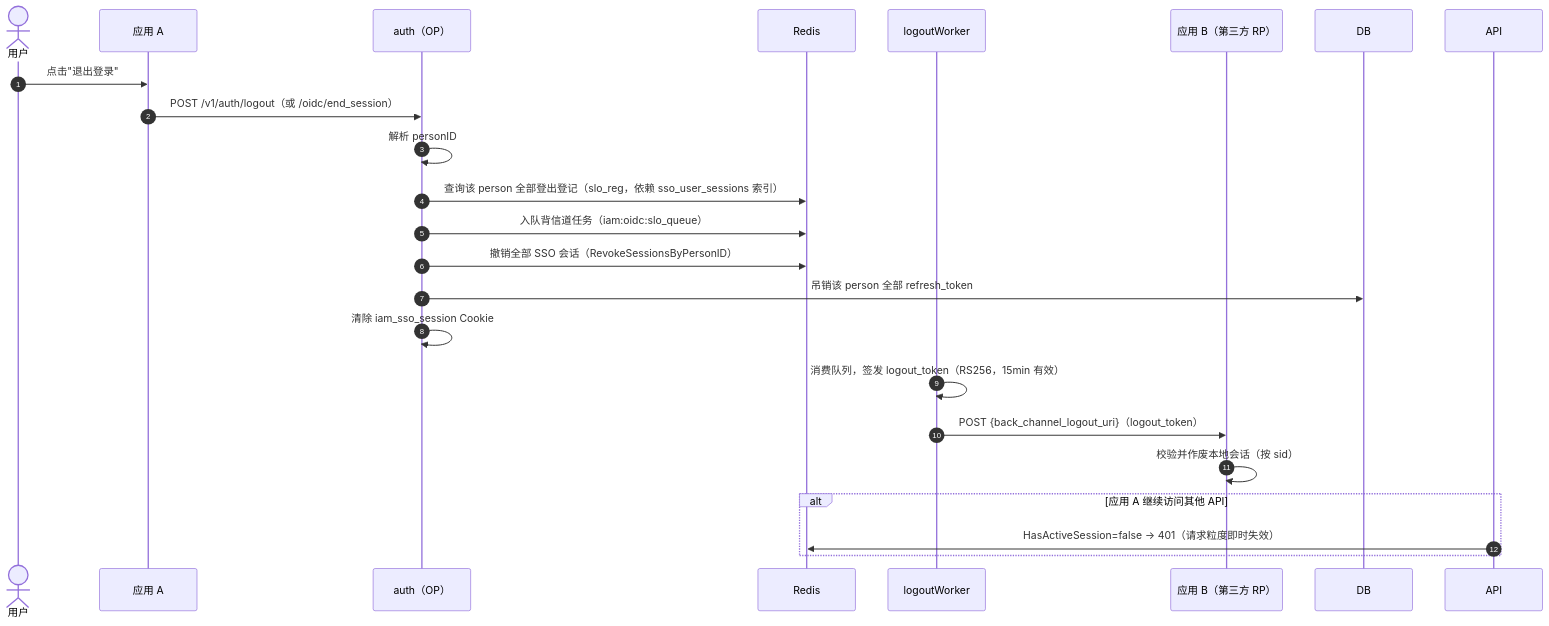
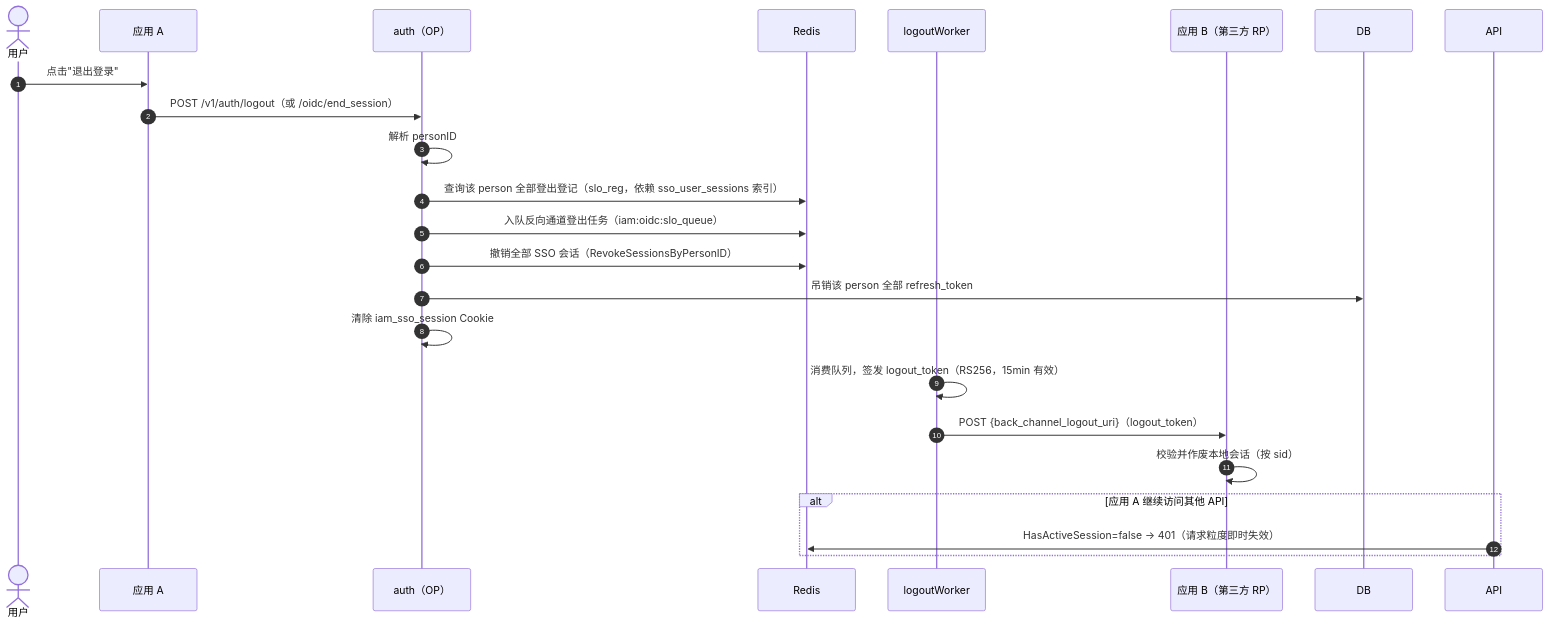
The eighth of 13 diagrams in docs/design/system-design.md (morehao/ark-iam), drawn with Mermaid before and after one commit. The commit also changed other lines of this file and 4 other files, not shown here.

````diff
--- a/docs/design/system-design.md
+++ b/docs/design/system-design.md
@@ -699,25 +699,25 @@
 ```mermaid
 sequenceDiagram
     autonumber
     actor U as 用户
     participant RP1 as 应用 A
     participant A as auth（OP）
     participant RD as Redis
     participant W as logoutWorker
     participant RP2 as 应用 B（第三方 RP）
 
     U->>RP1: 点击"退出登录"
     RP1->>A: POST /v1/auth/logout（或 /oidc/end_session）
     A->>A: 解析 personID
     A->>RD: 查询该 person 全部登出登记（slo_reg，依赖 sso_user_sessions 索引）
-    A->>RD: 入队背信道任务（iam:oidc:slo_queue）
+    A->>RD: 入队反向通道登出任务（iam:oidc:slo_queue）
     A->>RD: 撤销全部 SSO 会话（RevokeSessionsByPersonID）
     A->>DB: 吊销该 person 全部 refresh_token
     A->>A: 清除 iam_sso_session Cookie
     W->>W: 消费队列，签发 logout_token（RS256，15min 有效）
     W->>RP2: POST {back_channel_logout_uri}（logout_token）
     RP2->>RP2: 校验并作废本地会话（按 sid）
     alt 应用 A 继续访问其他 API
         API->>RD: HasActiveSession=false → 401（请求粒度即时失效）
     end
 ```
````
